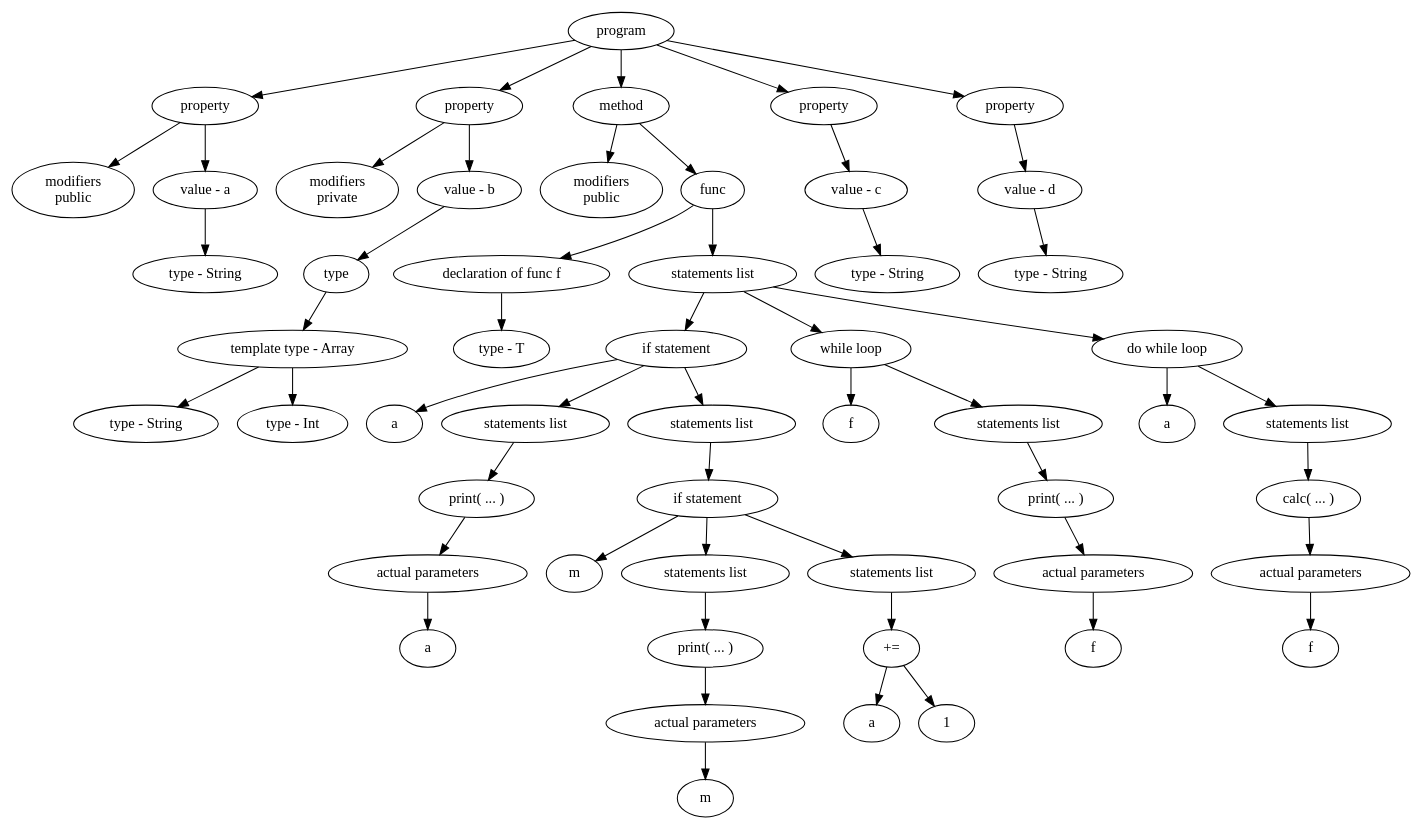
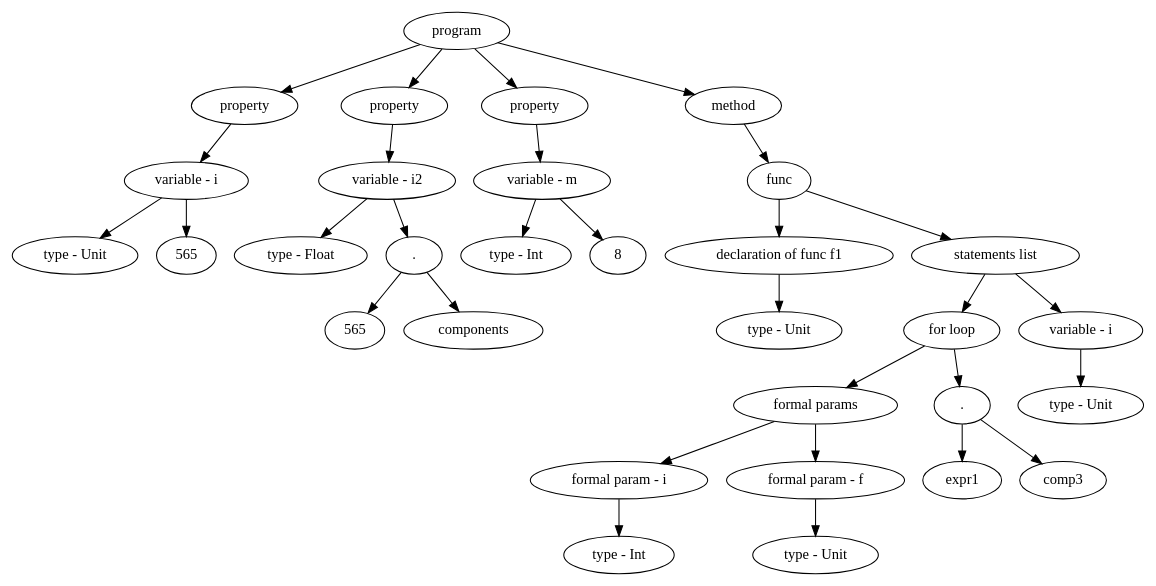
The diagram in compiler/tree.dot (DmitriiSasov/compiler), drawn with Graphviz before and after one commit. The commit also changed 1 other file, not shown here.

Commit message:
Исправлены ошибки в методах по расчету типа у вызовов методов. Ошибка была в том, что методы неправильно составляли methodRef для переопределенных методов equals.

```diff
--- a/compiler/tree.dot
+++ b/compiler/tree.dot
@@ -1,108 +1,64 @@
 digraph G {
-Id0131BC78 [label="program"]
-Id0131BC78->Id0131BC00
-Id0131BC00 [label="property"]
-Id0131BC00->Id0131BBC8
-Id0131BBC8 [label="modifiers\npublic\n"]
-Id0131BC00->Id0131BB88
-Id0131BB88 [label="value - a"]
-Id0131BB88->Id0131BB50
-Id0131BB50 [label="type - String"]
-Id0131BC78->Id01324180
-Id01324180 [label="property"]
-Id01324180->Id013240D8
-Id013240D8 [label="modifiers\nprivate\n"]
-Id01324180->Id01310538
-Id01310538 [label="value - b"]
-Id01310538->Id01324148
-Id01324148 [label="type"]
-Id01324148->Id013240A0
-Id013240A0 [label="template type - Array"]
-Id013240A0->Id013242D0
-Id013242D0 [label="type - String"]
-Id013240A0->Id01324298
-Id01324298 [label="type - Int"]
-Id0131BC78->Id013254E8
-Id013254E8 [label="method"]
-Id013254E8->Id013241F0
-Id013241F0 [label="modifiers\npublic\n"]
-Id013254E8->Id01325910
-Id01325910 [label="func"]
-Id01325910->Id01324308
-Id01324308 [label="declaration of func f"]
-Id01324308->Id01324068
-Id01324068 [label="type - T"]
-Id01325910->Id013255C8
-Id013255C8 [label="statements list"]
-Id013255C8->Id01325A98
-Id01325A98 [label="if statement"]
-Id01325A98->Id01324830
-Id01324830 [label="a"]
-Id01325A98->Id01323FC0
-Id01323FC0 [label="statements list"]
-Id01323FC0->Id01324920
-Id01324920 [label="print( ... )"]
-Id01324920->Id01324340
-Id01324340 [label="actual parameters"]
-Id01324340->Id013248C0
-Id013248C0 [label="a"]
-Id01325A98->Id01325590
-Id01325590 [label="statements list"]
-Id01325590->Id01323FF8
-Id01323FF8 [label="if statement"]
-Id01323FF8->Id01324A00
-Id01324A00 [label="m"]
-Id01323FF8->Id01324260
-Id01324260 [label="statements list"]
-Id01324260->Id01324AF0
-Id01324AF0 [label="print( ... )"]
-Id01324AF0->Id01324228
-Id01324228 [label="actual parameters"]
-Id01324228->Id01324A90
-Id01324A90 [label="m"]
-Id01323FF8->Id01325558
-Id01325558 [label="statements list"]
-Id01325558->Id01324110
-Id01324110 [label="+="]
-Id01324110->Id01325388
-Id01325388 [label="a"]
-Id01324110->Id013253E8
-Id013253E8 [label="1"]
-Id013255C8->Id013258A0
-Id013258A0 [label="while loop"]
-Id013258A0->Id01326058
-Id01326058 [label="f"]
-Id013258A0->Id01325A28
-Id01325A28 [label="statements list"]
-Id01325A28->Id01326118
-Id01326118 [label="print( ... )"]
-Id01326118->Id01325600
-Id01325600 [label="actual parameters"]
-Id01325600->Id013260B8
-Id013260B8 [label="f"]
-Id013255C8->Id01325670
-Id01325670 [label="do while loop"]
-Id01325670->Id013266E0
-Id013266E0 [label="a"]
-Id01325670->Id013258D8
-Id013258D8 [label="statements list"]
-Id013258D8->Id013261D8
-Id013261D8 [label="calc( ... )"]
-Id013261D8->Id01325638
-Id01325638 [label="actual parameters"]
-Id01325638->Id01326178
-Id01326178 [label="f"]
-Id0131BC78->Id013259F0
-Id013259F0 [label="property"]
-Id013259F0->Id01326A80
-Id01326A80 [label="value - c"]
-Id01326A80->Id01325B08
-Id01325B08 [label="type - String"]
-Id0131BC78->Id01325718
-Id01325718 [label="property"]
-Id01325718->Id01326B00
-Id01326B00 [label="value - d"]
-Id01326B00->Id013256E0
-Id013256E0 [label="type - String"]
+Id012F0440 [label="program"]
+Id012F0440->Id012F05C8
+Id012F05C8 [label="property"]
+Id012F05C8->Id012EBDF8
+Id012EBDF8 [label="variable - i"]
+Id012EBDF8->Id012F04E8
+Id012F04E8 [label="type - Unit"]
+Id012EBDF8->Id012EBD70
+Id012EBD70 [label="565"]
+Id012F0440->Id012F00F8
+Id012F00F8 [label="property"]
+Id012F00F8->Id012EBEA8
+Id012EBEA8 [label="variable - i2"]
+Id012EBEA8->Id012F0018
+Id012F0018 [label="type - Float"]
+Id012EBEA8->Id012F58A0
+Id012F58A0 [label="."]
+Id012F58A0->Id012F5818
+Id012F5818 [label="565"]
+Id012F58A0->Id012F0210
+Id012F0210 [label="components"]
+Id012F0440->Id012F02B8
+Id012F02B8 [label="property"]
+Id012F02B8->Id012F5A50
+Id012F5A50 [label="variable - m"]
+Id012F5A50->Id012F0558
+Id012F0558 [label="type - Int"]
+Id012F5A50->Id012F59C8
+Id012F59C8 [label="8"]
+Id012F0440->Id012F0750
+Id012F0750 [label="method"]
+Id012F0750->Id012F0718
+Id012F0718 [label="func"]
+Id012F0718->Id012EFFE0
+Id012EFFE0 [label="declaration of func f1"]
+Id012EFFE0->Id012F0248
+Id012F0248 [label="type - Unit"]
+Id012F0718->Id012F0408
+Id012F0408 [label="statements list"]
+Id012F0408->Id012F5CA0
+Id012F5CA0 [label="for loop"]
+Id012F5CA0->Id012F02F0
+Id012F02F0 [label="formal params"]
+Id012F02F0->Id012F00C0
+Id012F00C0 [label="formal param - i"]
+Id012F00C0->Id012F0088
+Id012F0088 [label="type - Int"]
+Id012F02F0->Id012F0360
+Id012F0360 [label="formal param - f"]
+Id012F0360->Id012F0398
+Id012F0398 [label="type - Unit"]
+Id012F5CA0->Id012F5C18
+Id012F5C18 [label="."]
+Id012F5C18->Id012F5B90
+Id012F5B90 [label="expr1"]
+Id012F5C18->Id012F0130
+Id012F0130 [label="comp3"]
+Id012F0408->Id012F6518
+Id012F6518 [label="variable - i"]
+Id012F6518->Id012F04B0
+Id012F04B0 [label="type - Unit"]
 
 }
```
